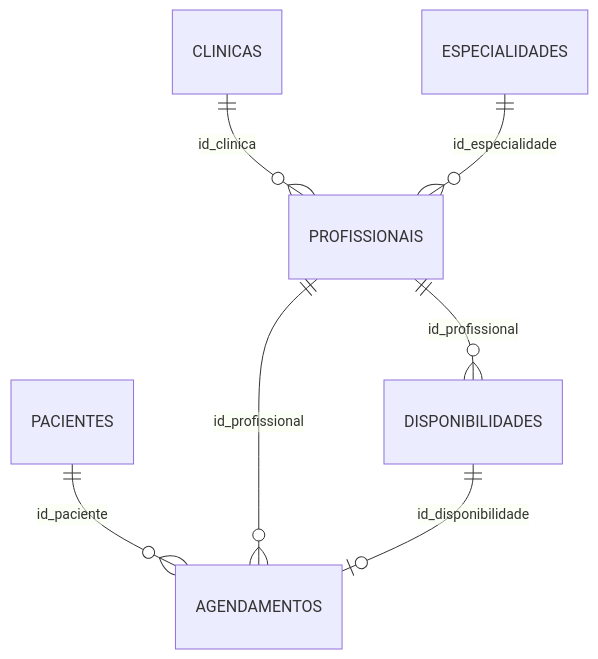
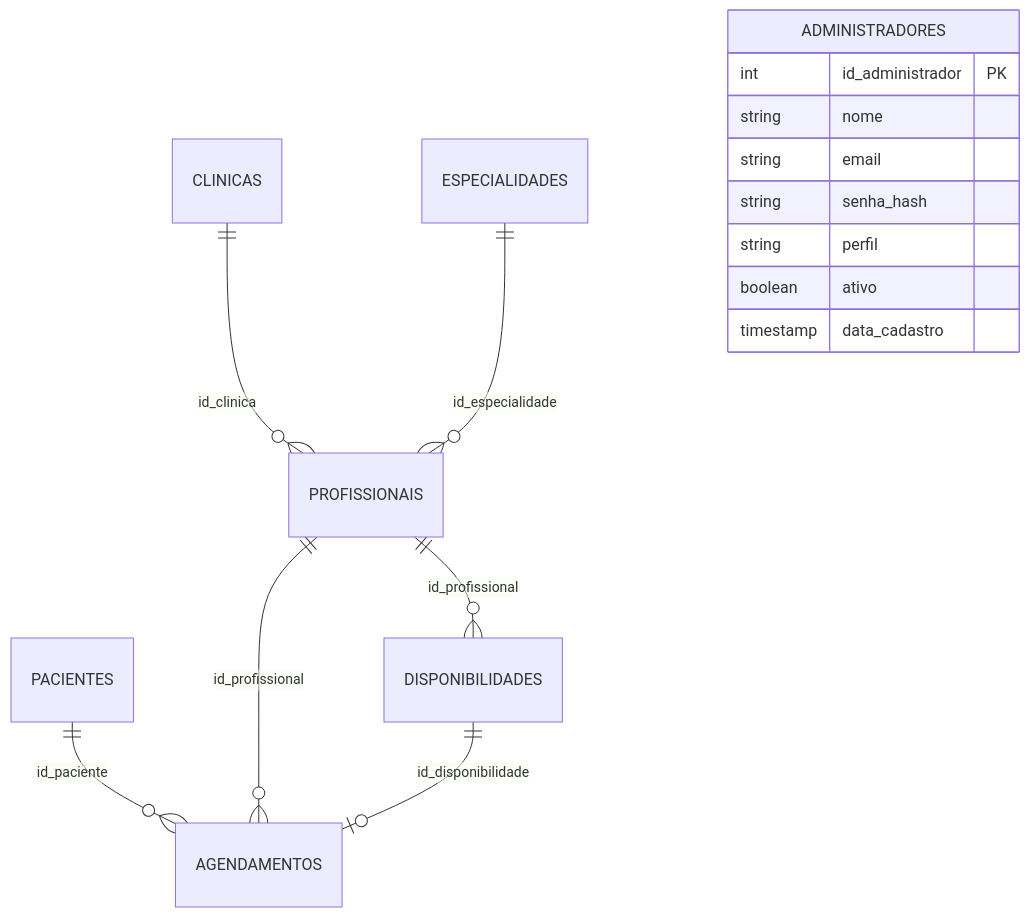
One commit to eritsb/Projeto-Consulta-Facil-Backend changed the second of 2 diagrams in DOCUMENTACAO.md. Above: the diagram before and after it, drawn with Mermaid. The commit also changed other lines of this file, not shown here.

````diff
--- a/DOCUMENTACAO.md
+++ b/DOCUMENTACAO.md
@@ -1109,9 +1398,19 @@
 ```mermaid
 erDiagram
     CLINICAS ||--o{ PROFISSIONAIS : "id_clinica"
     ESPECIALIDADES ||--o{ PROFISSIONAIS : "id_especialidade"
     PROFISSIONAIS ||--o{ DISPONIBILIDADES : "id_profissional"
     PACIENTES ||--o{ AGENDAMENTOS : "id_paciente"
     PROFISSIONAIS ||--o{ AGENDAMENTOS : "id_profissional"
     DISPONIBILIDADES ||--o| AGENDAMENTOS : "id_disponibilidade"
+
+    ADMINISTRADORES {
+        int id_administrador PK
+        string nome
+        string email
+        string senha_hash
+        string perfil
+        boolean ativo
+        timestamp data_cadastro
+    }
 ```
````
